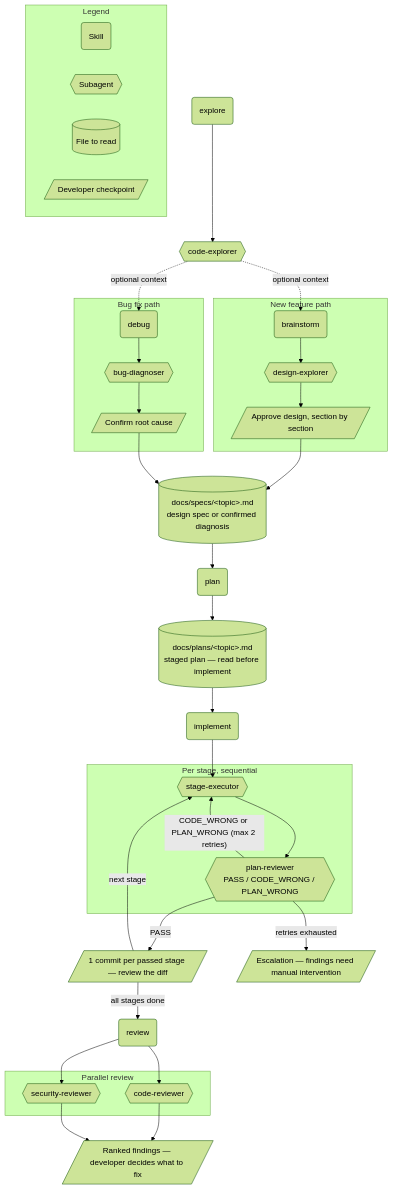
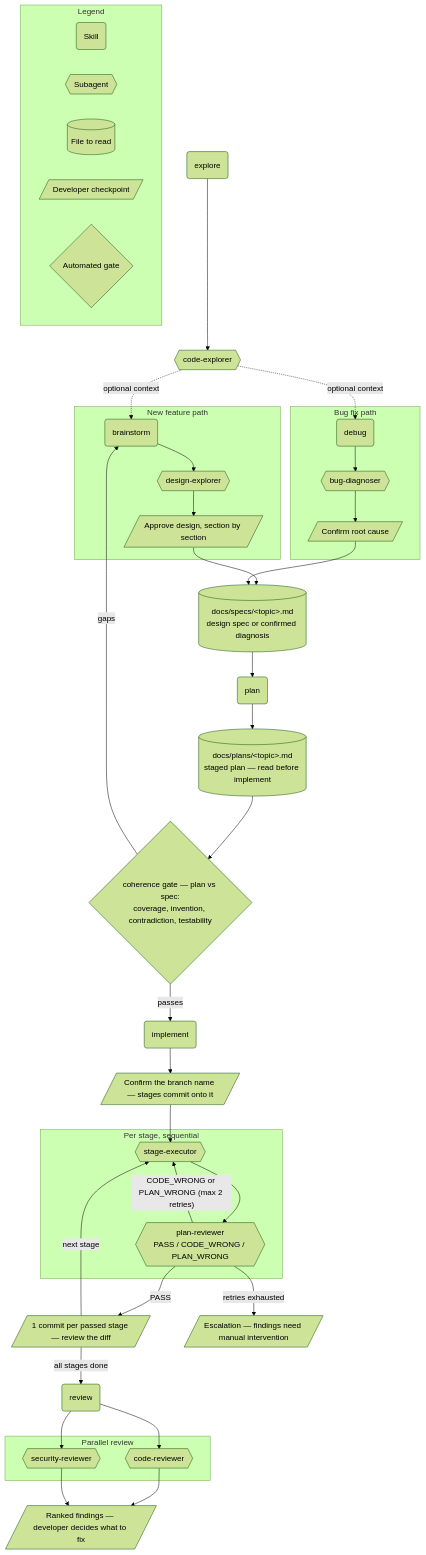
Before and after one commit to TomasSzeSirk/AI-Personal-Tooling: the diagram in docs/agnostic-agentic-dev-kit.md, drawn with Mermaid (forest theme). The commit also changed other lines of this file and 1 other file, not shown here.

Commit message:
fix(dev-kit): capture Red at the step that produces it
The report demanded the failure output "captured at TDD-loop step 2",
but step 2 only said to confirm the failure. An executor working top
down has nothing kept by report time, and re-running once the code
exists yields a pass, not the Red — leaving reconstruction from memory
as the path of least resistance, which is the fabrication the
requirement exists to prevent.

Also bring the idea doc's workflow up to date: the coherence gate
between plan and implement, and the branch confirmation before the
first stage. Legend gains a gate shape so the check isn't drawn as a
subagent.

````diff
--- a/docs/agnostic-agentic-dev-kit.md
+++ b/docs/agnostic-agentic-dev-kit.md
@@ -46,63 +46,67 @@
 ```mermaid
 flowchart TD
     subgraph LEGEND["Legend"]
         direction LR
         L1(Skill)
         L2{{Subagent}}
         L3[(File to read)]
         L4[/Developer checkpoint/]
+        L5{Automated gate}
     end
 
     subgraph FEATURE["New feature path"]
         BS(brainstorm)
         BSA{{design-explorer}}
         BSG[/"Approve design, section by section"/]
         BS --> BSA --> BSG
     end
 
     subgraph BUGFIX["Bug fix path"]
         DBG(debug)
         DBGA{{bug-diagnoser}}
         DBGG[/"Confirm root cause"/]
         DBG --> DBGA --> DBGG
     end
 
     EXP(explore)
     EXPA{{code-explorer}}
     EXP --> EXPA
     EXPA -. optional context .-> BS
     EXPA -. optional context .-> DBG
 
     SPEC[("docs/specs/&lt;topic&gt;.md<br/>design spec or confirmed diagnosis")]
     BSG --> SPEC
     DBGG --> SPEC
 
     SPEC --> PLAN(plan)
     PLANFILE[("docs/plans/&lt;topic&gt;.md<br/>staged plan — read before implement")]
     PLAN --> PLANFILE
-    PLANFILE --> IMPL(implement)
+    PLANFILE --> GATE{"coherence gate — plan vs spec:<br/>coverage, invention, contradiction, testability"}
+    GATE -- "gaps" --> BS
+    GATE -- "passes" --> IMPL(implement)
+    IMPL --> BR[/"Confirm the branch name — stages commit onto it"/]
 
     subgraph STAGE["Per stage, sequential"]
         SE{{stage-executor}}
         PR{{"plan-reviewer<br/>PASS / CODE_WRONG / PLAN_WRONG"}}
         SE --> PR
         PR -- "CODE_WRONG or PLAN_WRONG (max 2 retries)" --> SE
     end
 
-    IMPL --> SE
+    BR --> SE
     PR -- PASS --> COMMIT[/"1 commit per passed stage — review the diff"/]
     COMMIT -- next stage --> SE
     PR -- retries exhausted --> ESC[/"Escalation — findings need manual intervention"/]
     COMMIT -- all stages done --> REV(review)
 
     subgraph REVIEWERS["Parallel review"]
         CR{{code-reviewer}}
         SR{{security-reviewer}}
     end
 
     REV --> CR
     REV --> SR
     RFIND[/"Ranked findings — developer decides what to fix"/]
     CR --> RFIND
     SR --> RFIND
 ```
````
